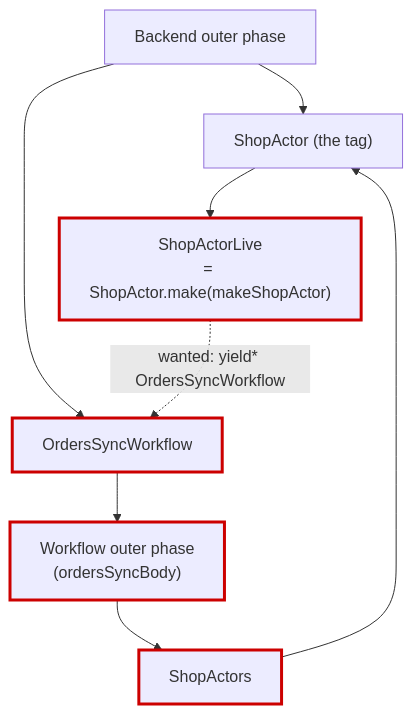
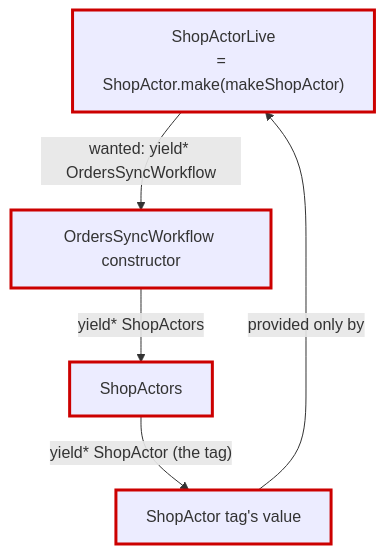
One commit to mw10013/alchemy-sandbox1 changed the fifth of 6 diagrams in docs/actor-workflow-wiring-research.md. Above: the diagram before and after it, drawn with Mermaid. The commit also changed other lines of this file, not shown here.

Commit message:
Rewrite the actor and Workflow wiring research from Alchemy's model

````diff
--- a/docs/actor-workflow-wiring-research.md
+++ b/docs/actor-workflow-wiring-research.md
@@ -134,12 +137,9 @@
 ```mermaid
 flowchart TD
-  BE["Backend outer phase"] --> A["ShopActor (the tag)"]
-  BE --> WF["OrdersSyncWorkflow"]
-  A --> AL["ShopActorLive<br/>= ShopActor.make(makeShopActor)"]
-  WF --> WFO["Workflow outer phase<br/>(ordersSyncBody)"]
-  WFO --> SA["ShopActors"]
-  SA --> A
-  AL -. "wanted: yield* OrdersSyncWorkflow" .-> WF
+  AL["ShopActorLive<br/>= ShopActor.make(makeShopActor)"] -- "wanted: yield* OrdersSyncWorkflow" --> WFC["OrdersSyncWorkflow constructor"]
+  WFC -- "yield* ShopActors" --> SA["ShopActors"]
+  SA -- "yield* ShopActor (the tag)" --> T["ShopActor tag's value"]
+  T -- "provided only by" --> AL
   classDef bad stroke:#c00,stroke-width:3px
-  class AL,WF,WFO,SA bad
+  class AL,WFC,SA,T bad
 ```
````
